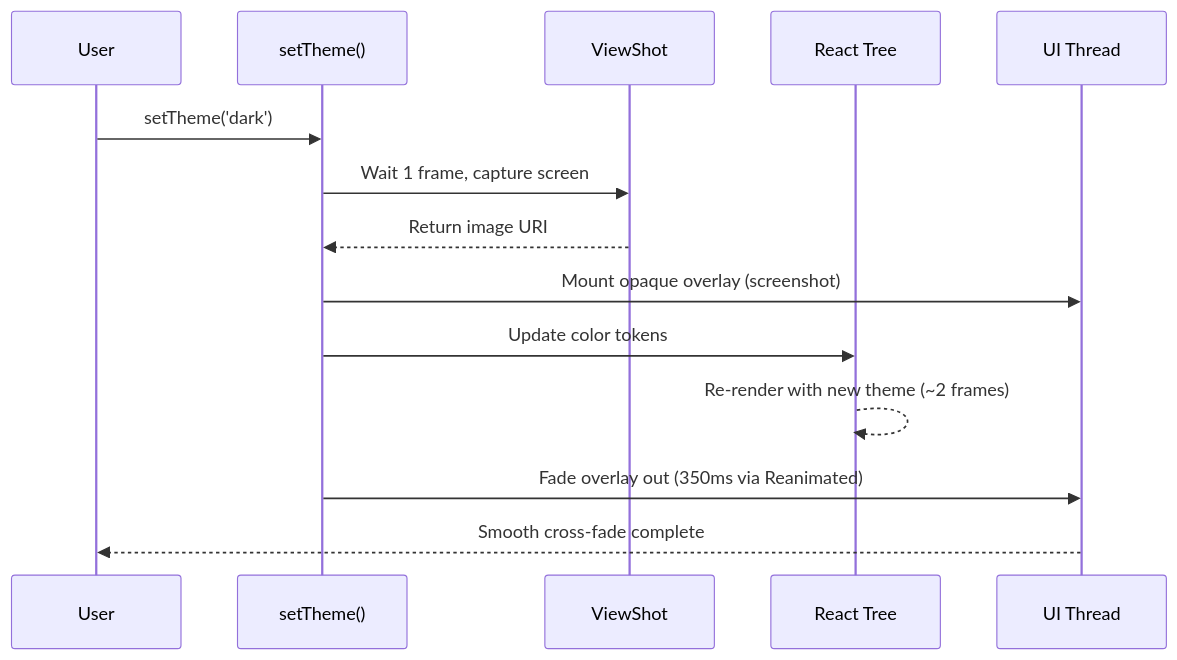
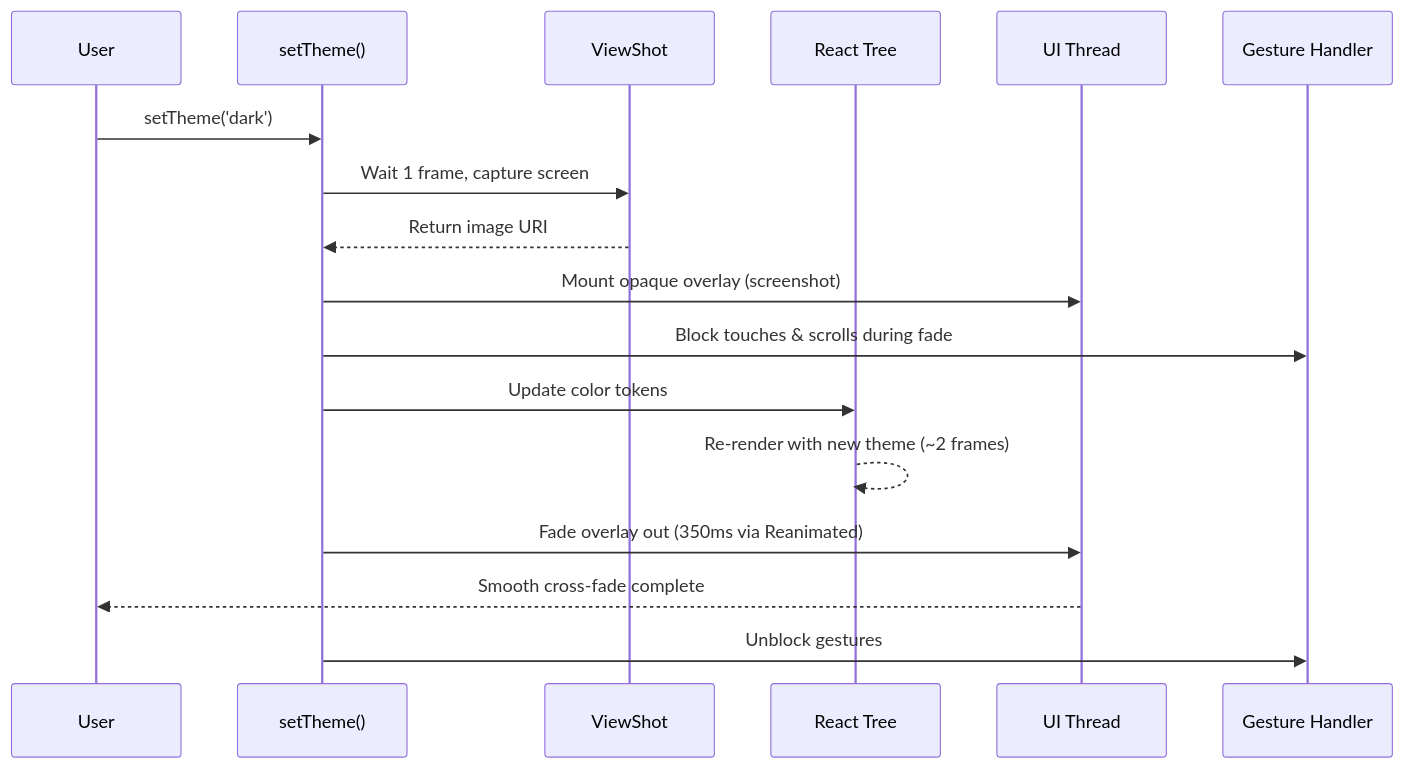
The diagram in README.md (marioprieta/react-native-theme-transition), drawn with Mermaid before and after one commit. The commit also changed other lines of this file and 12 other files, not shown here.

````diff
--- a/README.md
+++ b/README.md
@@ -226,17 +336,21 @@
 ```mermaid
 sequenceDiagram
     participant User
     participant Hook as setTheme()
     participant Shot as ViewShot
     participant React as React Tree
     participant UI as UI Thread
 
+    participant GH as Gesture Handler
+
     User->>Hook: setTheme('dark')
     Hook->>Shot: Wait 1 frame, capture screen
     Shot-->>Hook: Return image URI
     Hook->>UI: Mount opaque overlay (screenshot)
+    Hook->>GH: Block touches & scrolls during fade
     Hook->>React: Update color tokens
     React-->>React: Re-render with new theme (~2 frames)
     Hook->>UI: Fade overlay out (350ms via Reanimated)
     UI-->>User: Smooth cross-fade complete
+    Hook->>GH: Unblock gestures
 ```
````
